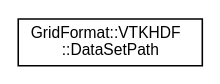
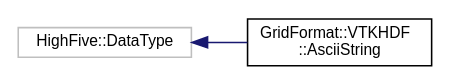
The diagram in inherit_graph_40.dot (dglaeser/gridformat), drawn with Graphviz before and after one commit. The commit also changed 368 other files, not shown here.

```diff
--- a/inherit_graph_40.dot
+++ b/inherit_graph_40.dot
@@ -1,8 +1,10 @@
 digraph "Graphical Class Hierarchy"
 {
  // LATEX_PDF_SIZE
   edge [fontname="Helvetica",fontsize="10",labelfontname="Helvetica",labelfontsize="10"];
   node [fontname="Helvetica",fontsize="10",shape=record];
   rankdir="LR";
-  Node0 [label="GridFormat::VTKHDF\l::DataSetPath",height=0.2,width=0.4,color="black", fillcolor="white", style="filled",URL="$structGridFormat_1_1VTKHDF_1_1DataSetPath.html",tooltip=" "];
+  Node34 [label="HighFive::DataType",height=0.2,width=0.4,color="grey75", fillcolor="white", style="filled",tooltip=" "];
+  Node34 -> Node0 [dir="back",color="midnightblue",fontsize="10",style="solid",fontname="Helvetica"];
+  Node0 [label="GridFormat::VTKHDF\l::AsciiString",height=0.2,width=0.4,color="black", fillcolor="white", style="filled",URL="$structGridFormat_1_1VTKHDF_1_1AsciiString.html",tooltip=" "];
 }
```
